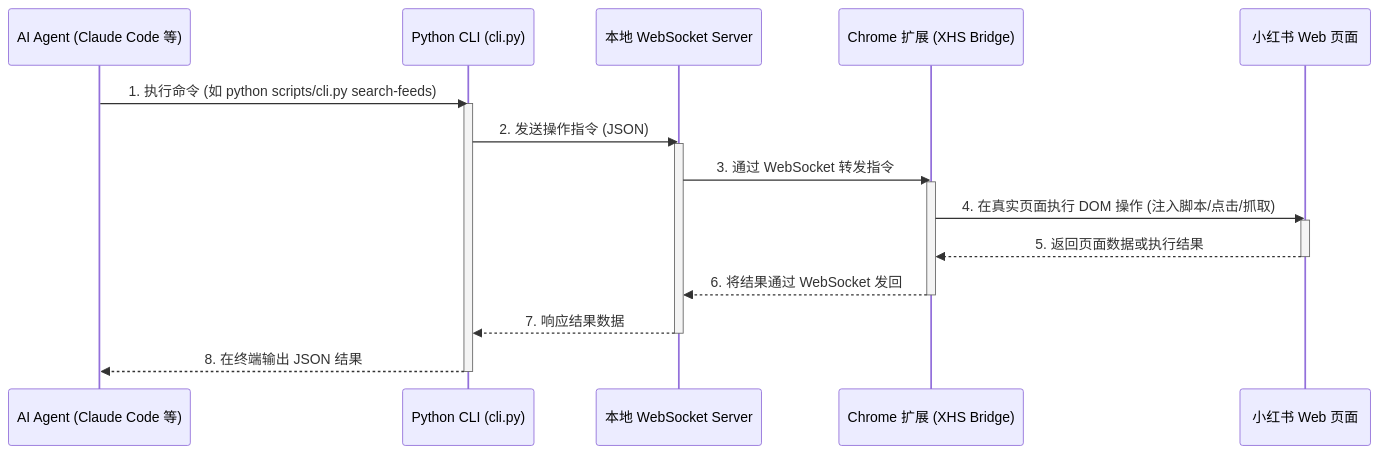
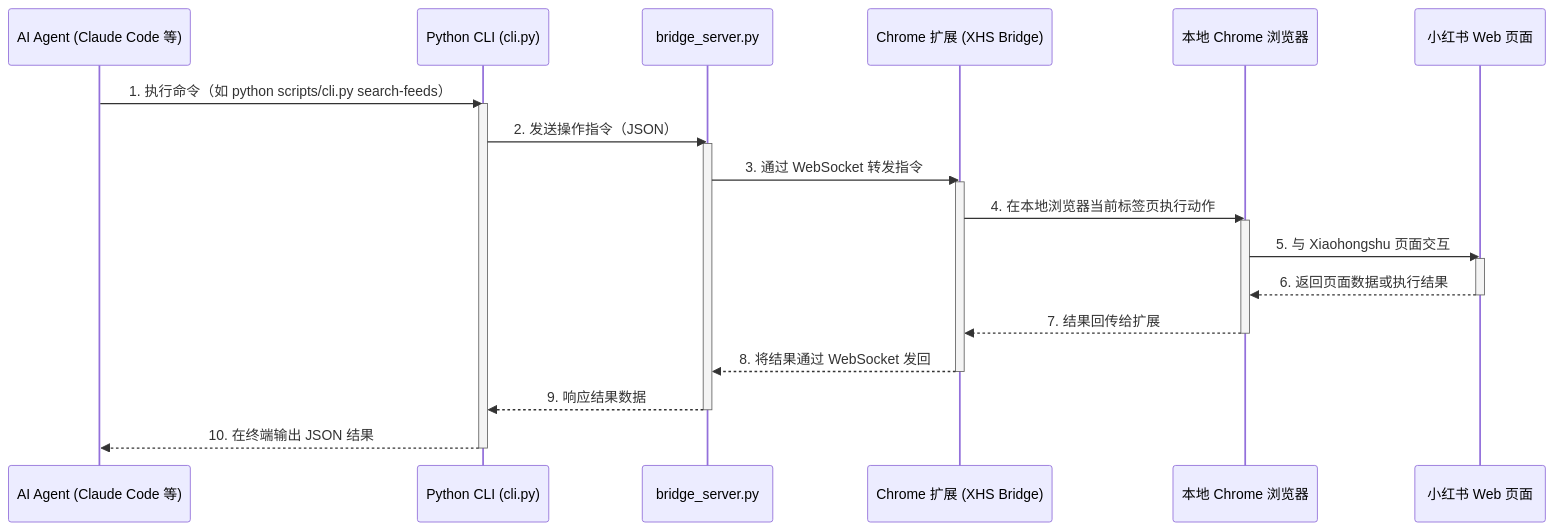
One commit to fulln/xiaohongshu-skills changed the diagram in ARCHITECTURE.md. Above: the diagram before and after it, drawn with Mermaid. The commit also changed other lines of this file and 3 other files, not shown here.

````diff
--- a/ARCHITECTURE.md
+++ b/ARCHITECTURE.md
@@ -7,25 +7,30 @@
 ```mermaid
 sequenceDiagram
     participant AI as AI Agent (Claude Code 等)
     participant CLI as Python CLI (cli.py)
-    participant Server as 本地 WebSocket Server
+    participant Server as bridge_server.py
     participant Ext as Chrome 扩展 (XHS Bridge)
+    participant Browser as 本地 Chrome 浏览器
     participant Web as 小红书 Web 页面
 
-    AI->>CLI: 1. 执行命令 (如 python scripts/cli.py search-feeds)
+    AI->>CLI: 1. 执行命令（如 python scripts/cli.py search-feeds）
     activate CLI
-    CLI->>Server: 2. 发送操作指令 (JSON)
+    CLI->>Server: 2. 发送操作指令（JSON）
     activate Server
     Server->>Ext: 3. 通过 WebSocket 转发指令
     activate Ext
-    Ext->>Web: 4. 在真实页面执行 DOM 操作 (注入脚本/点击/抓取)
+    Ext->>Browser: 4. 在本地浏览器当前标签页执行动作
+    activate Browser
+    Browser->>Web: 5. 与 Xiaohongshu 页面交互
     activate Web
-    Web-->>Ext: 5. 返回页面数据或执行结果
+    Web-->>Browser: 6. 返回页面数据或执行结果
     deactivate Web
-    Ext-->>Server: 6. 将结果通过 WebSocket 发回
+    Browser-->>Ext: 7. 结果回传给扩展
+    deactivate Browser
+    Ext-->>Server: 8. 将结果通过 WebSocket 发回
     deactivate Ext
-    Server-->>CLI: 7. 响应结果数据
+    Server-->>CLI: 9. 响应结果数据
     deactivate Server
-    CLI-->>AI: 8. 在终端输出 JSON 结果
+    CLI-->>AI: 10. 在终端输出 JSON 结果
     deactivate CLI
 ```
````
